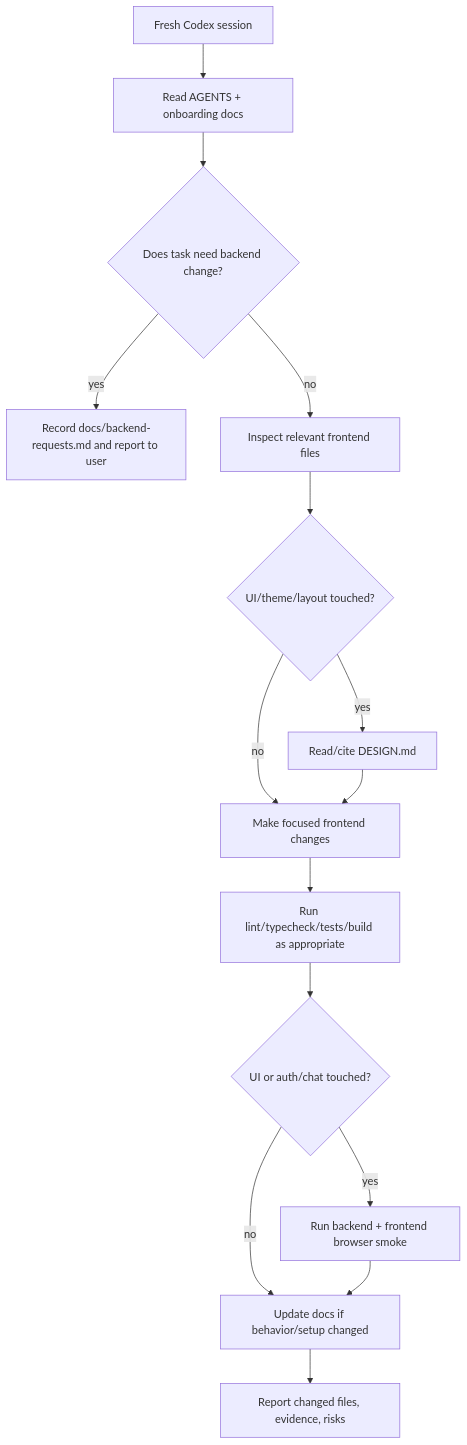
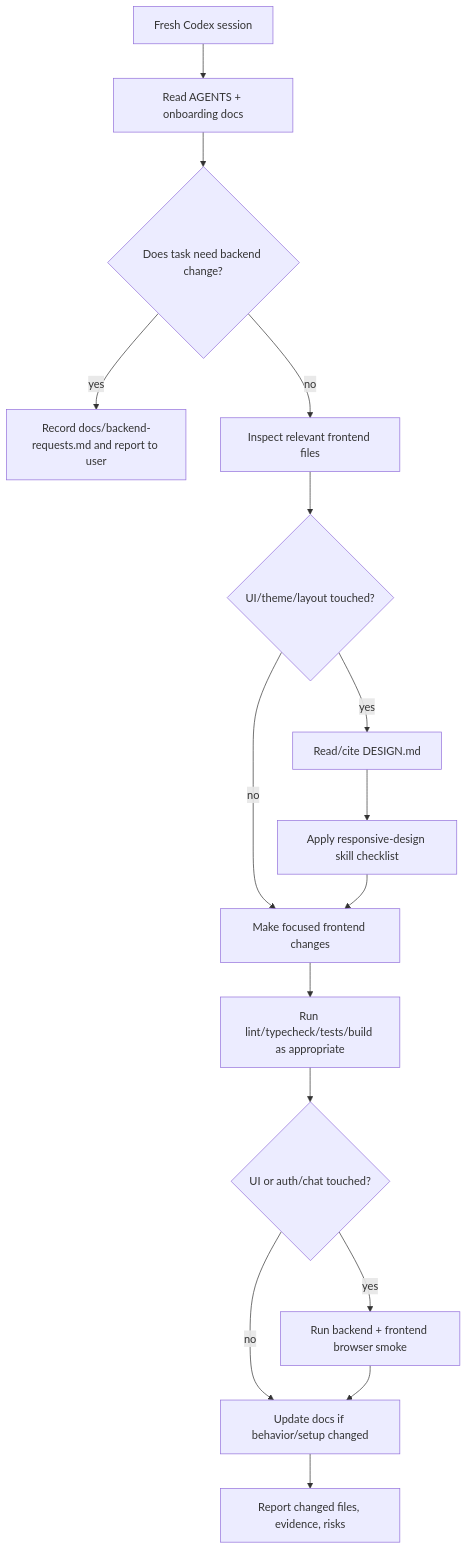
The diagram in docs/agent-onboarding.md (heecheon92/my-agents-frontend), drawn with Mermaid before and after one commit. The commit also changed other lines of this file and 19 other files, not shown here.

````diff
--- a/docs/agent-onboarding.md
+++ b/docs/agent-onboarding.md
@@ -53,17 +54,18 @@
 ```mermaid
 flowchart TD
     Start[Fresh Codex session] --> Read[Read AGENTS + onboarding docs]
     Read --> Scope{Does task need backend change?}
     Scope -- yes --> Request[Record docs/backend-requests.md and report to user]
     Scope -- no --> Inspect[Inspect relevant frontend files]
     Inspect --> Design{UI/theme/layout touched?}
     Design -- yes --> Contract[Read/cite DESIGN.md]
     Design -- no --> Edit[Make focused frontend changes]
-    Contract --> Edit
+    Contract --> Responsive[Apply responsive-design skill checklist]
+    Responsive --> Edit
     Edit --> Verify[Run lint/typecheck/tests/build as appropriate]
     Verify --> Browser{UI or auth/chat touched?}
     Browser -- yes --> Smoke[Run backend + frontend browser smoke]
     Browser -- no --> Docs[Update docs if behavior/setup changed]
     Smoke --> Docs
     Docs --> Report[Report changed files, evidence, risks]
 ```
````
